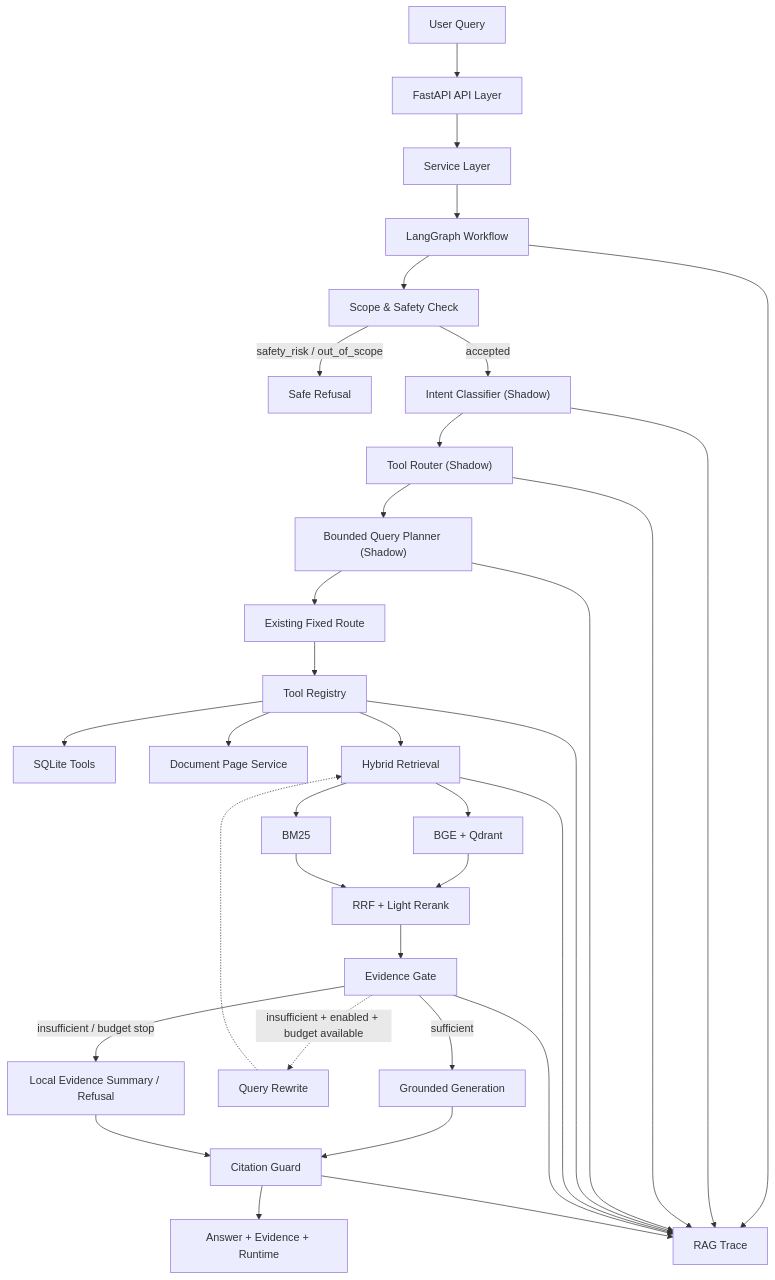
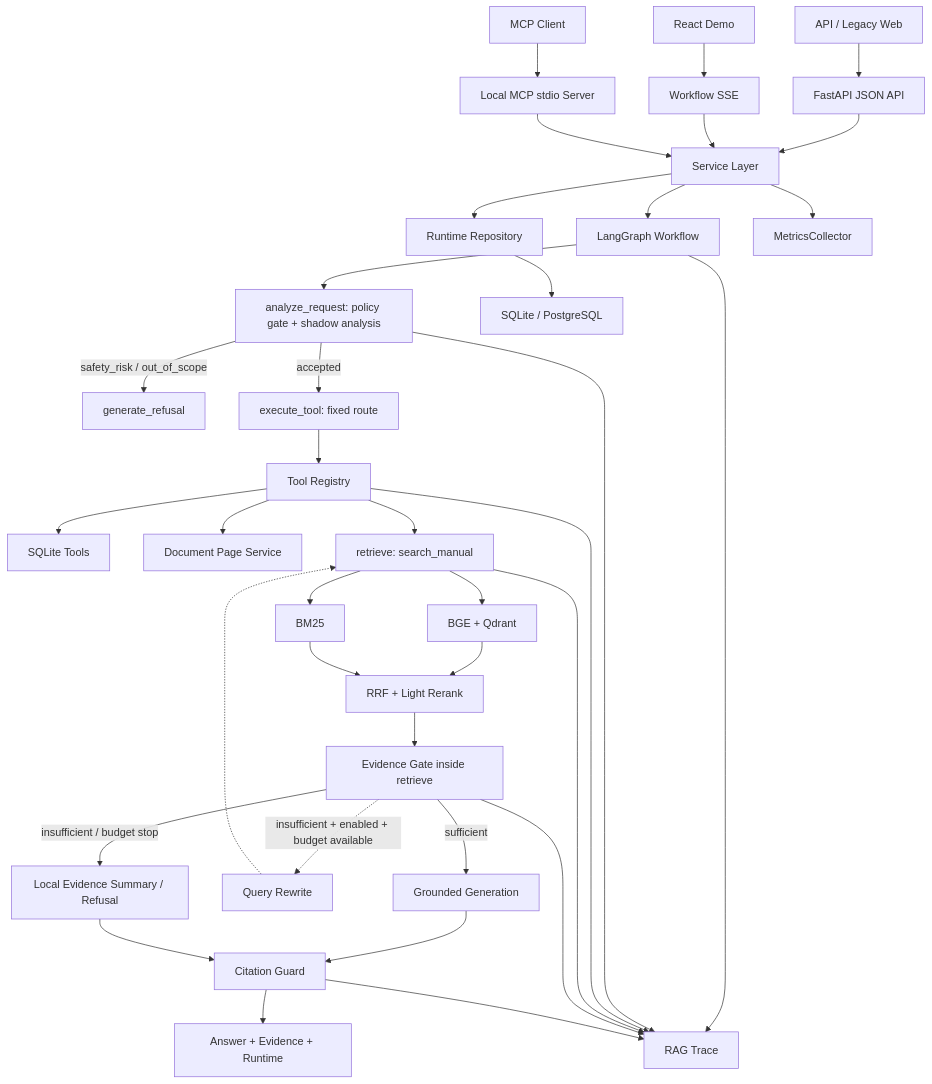
Before and after one commit to lesereinRU1/autoops-rag: the diagram in docs/architecture.md, drawn with Mermaid. The commit also changed other lines of this file and 17 other files, not shown here.

````diff
--- a/docs/architecture.md
+++ b/docs/architecture.md
@@ -7,41 +18,42 @@
 ```mermaid
 flowchart TD
-    Q["User Query"] --> API["FastAPI API Layer"]
+    Q["API / Legacy Web"] --> API["FastAPI JSON API"]
+    WEB["React Demo"] --> SSE["Workflow SSE"]
+    MCP["MCP Client"] --> MCPS["Local MCP stdio Server"]
     API --> SVC["Service Layer"]
+    SSE --> SVC
+    MCPS --> SVC
     SVC --> GRAPH["LangGraph Workflow"]
 
-    GRAPH --> SAFE["Scope & Safety Check"]
-    SAFE -->|"safety_risk / out_of_scope"| REFUSE["Safe Refusal"]
-    SAFE -->|"accepted"| INTENT["Intent Classifier (Shadow)"]
-    INTENT --> ROUTER["Tool Router (Shadow)"]
-    ROUTER --> PLAN["Bounded Query Planner (Shadow)"]
-
-    PLAN --> FIXED["Existing Fixed Route"]
+    GRAPH --> ANALYZE["analyze_request: policy gate + shadow analysis"]
+    ANALYZE -->|"safety_risk / out_of_scope"| REFUSE["generate_refusal"]
+    ANALYZE -->|"accepted"| FIXED["execute_tool: fixed route"]
     FIXED --> REGISTRY["Tool Registry"]
     REGISTRY --> SQLITE["SQLite Tools"]
     REGISTRY --> PAGE["Document Page Service"]
-    REGISTRY --> SEARCH["Hybrid Retrieval"]
+    REGISTRY --> SEARCH["retrieve: search_manual"]
     SEARCH --> DENSE["BGE + Qdrant"]
     SEARCH --> SPARSE["BM25"]
     DENSE --> FUSION["RRF + Light Rerank"]
     SPARSE --> FUSION
-    FUSION --> GATE["Evidence Gate"]
+    FUSION --> GATE["Evidence Gate inside retrieve"]
 
     GATE -->|"sufficient"| GEN["Grounded Generation"]
     GATE -. "insufficient + enabled + budget available" .-> REWRITE["Query Rewrite"]
     REWRITE -.-> SEARCH
     GATE -->|"insufficient / budget stop"| LOCAL["Local Evidence Summary / Refusal"]
 
     GEN --> CITE["Citation Guard"]
     LOCAL --> CITE
     CITE --> OUT["Answer + Evidence + Runtime"]
 
     GRAPH --> TRACE["RAG Trace"]
-    INTENT --> TRACE
-    ROUTER --> TRACE
-    PLAN --> TRACE
+    ANALYZE --> TRACE
     REGISTRY --> TRACE
     SEARCH --> TRACE
     GATE --> TRACE
     CITE --> TRACE
+    SVC --> REPO["Runtime Repository"]
+    REPO --> DB["SQLite / PostgreSQL"]
+    SVC --> METRICS["MetricsCollector"]
 ```
````
